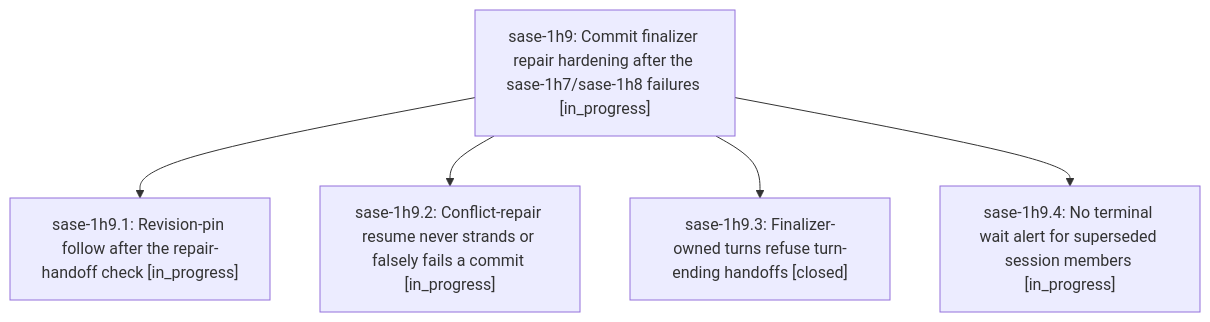
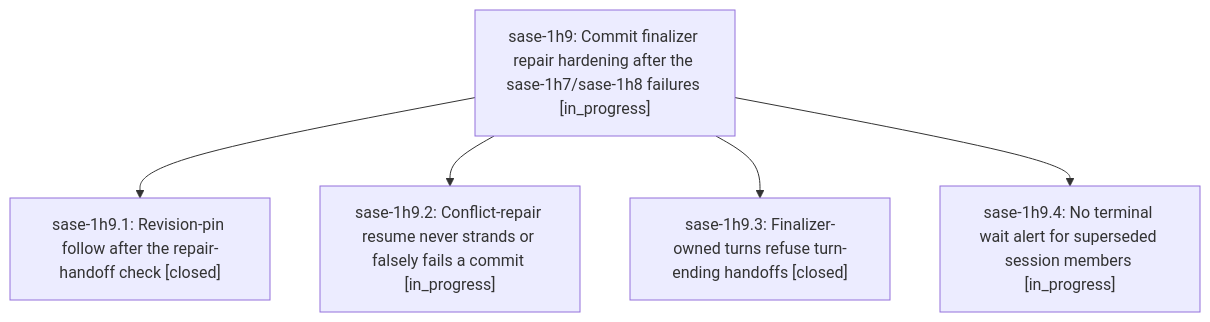
Before and after one commit to sase-org/sase--beads: the diagram in pages/sase-1h9/README.md, drawn with Mermaid. The commit also changed other lines of this file and 3 other files, not shown here.

````diff
--- a/pages/sase-1h9/README.md
+++ b/pages/sase-1h9/README.md
@@ -25,12 +25,12 @@
 ```mermaid
 flowchart TD
     n0["sase-1h9: Commit finalizer repair hardening after the sase-1h7/sase-1h8 failures [in_progress]"]
-    n1["sase-1h9.1: Revision-pin follow after the repair-handoff check [in_progress]"]
+    n1["sase-1h9.1: Revision-pin follow after the repair-handoff check [closed]"]
     n2["sase-1h9.2: Conflict-repair resume never strands or falsely fails a commit [in_progress]"]
     n3["sase-1h9.3: Finalizer-owned turns refuse turn-ending handoffs [closed]"]
     n4["sase-1h9.4: No terminal wait alert for superseded session members [in_progress]"]
     n0 --> n1
     n0 --> n2
     n0 --> n3
     n0 --> n4
 ```
````
